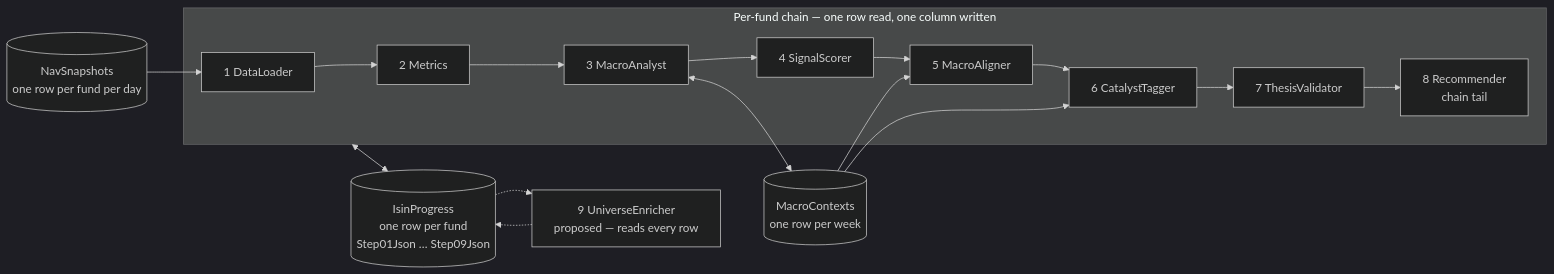
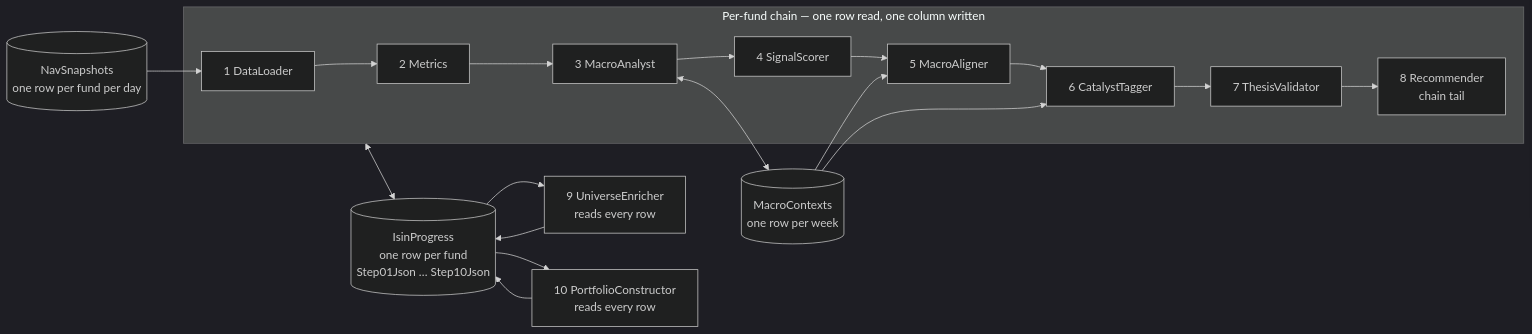
One commit to Muhomorik/FikaFinans changed the first of 5 diagrams in Docs/pipeline-redesign/pipeline-data.md. Above: the diagram before and after it, drawn with Mermaid (dark theme). The commit also changed other lines of this file and 4 other files, not shown here.

````diff
--- a/Docs/pipeline-redesign/pipeline-data.md
+++ b/Docs/pipeline-redesign/pipeline-data.md
@@ -14,20 +14,23 @@
 ```mermaid
 flowchart LR
   subgraph chain["Per-fund chain — one row read, one column written"]
     s1["1 DataLoader"] --> s2["2 Metrics"] --> s3["3 MacroAnalyst"] --> s4["4 SignalScorer"]
     s4 --> s5["5 MacroAligner"] --> s6["6 CatalystTagger"] --> s7["7 ThesisValidator"] --> s8["8 Recommender<br/>chain tail"]
   end
-  s9["9 UniverseEnricher<br/>proposed — reads every row"]
+  s9["9 UniverseEnricher<br/>reads every row"]
+  s10["10 PortfolioConstructor<br/>reads every row"]
 
   nav[("NavSnapshots<br/>one row per fund per day")]
-  row[("IsinProgress<br/>one row per fund<br/>Step01Json … Step09Json")]
+  row[("IsinProgress<br/>one row per fund<br/>Step01Json … Step10Json")]
   mc[("MacroContexts<br/>one row per week")]
 
   nav --> s1
   chain <--> row
   s3 <--> mc
   mc --> s5
   mc --> s6
-  row -.-> s9
-  s9 -.-> row
+  row --> s9
+  s9 --> row
+  row --> s10
+  s10 --> row
 ```
````
